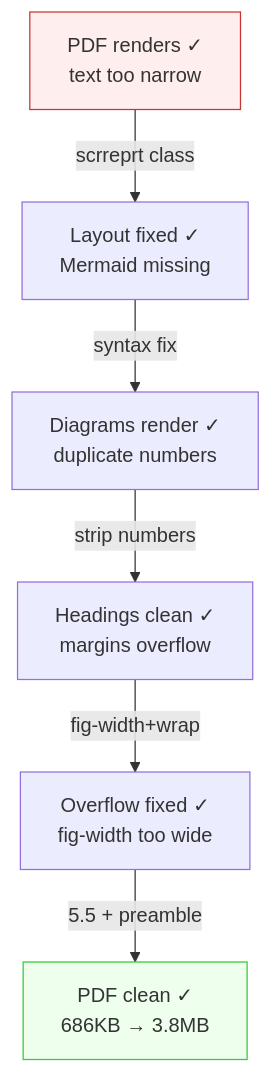
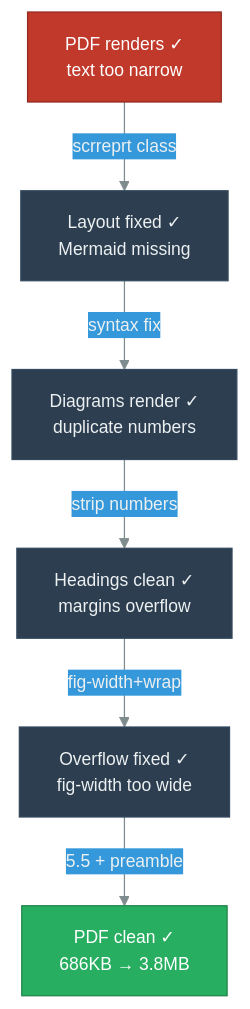
Before and after one commit to danielmeppiel/agentic-sdlc-handbook: the second of 3 diagrams in case-study-publishing-pipeline.qmd, drawn with Mermaid. The commit also changed other lines of this file and 20 other files, not shown here.

First line of the commit message:
feat: add accessibility metadata and consistent theme to all 35 diagrams

````diff
--- a/case-study-publishing-pipeline.qmd
+++ b/case-study-publishing-pipeline.qmd
@@ -63,12 +67,16 @@
 ```{mermaid}
 %%| fig-width: 4.5
+%%| fig-cap: "The 'Almost Done' trap: cascading PDF rendering fixes"
+%%| fig-alt: "Flowchart showing a cascade of five PDF rendering fixes. Step 1: PDF renders but text is too narrow, fixed by switching to scrreprt class. Step 2: Layout is fixed but Mermaid diagrams are missing, fixed by syntax correction. Step 3: Diagrams render but duplicate heading numbers appear, fixed by stripping manual numbers. Step 4: Headings are clean but margins overflow, fixed by adjusting fig-width and adding code wrap. Step 5: Overflow is fixed but fig-width is still too wide, fixed by reducing to 5.5 inches and adding preamble. Final result: PDF is clean, growing from 686KB to 3.8MB with rendered diagrams."
+%%| label: fig-cs-almost-done
+%%{init: {'theme': 'base', 'themeVariables': {'primaryColor': '#2c3e50', 'primaryTextColor': '#ecf0f1', 'primaryBorderColor': '#34495e', 'lineColor': '#7f8c8d', 'secondaryColor': '#3498db', 'tertiaryColor': '#ecf0f1', 'fontSize': '14px'}}}%%
 flowchart TD
     A["PDF renders ✓<br/>text too narrow"] -->|scrreprt class| B["Layout fixed ✓<br/>Mermaid missing"]
     B -->|syntax fix| C["Diagrams render ✓<br/>duplicate numbers"]
     C -->|strip numbers| D["Headings clean ✓<br/>margins overflow"]
     D -->|fig-width+wrap| E["Overflow fixed ✓<br/>fig-width too wide"]
     E -->|5.5 + preamble| F["PDF clean ✓<br/>686KB → 3.8MB"]
 
-    style A fill:#fee,stroke:#c33
-    style F fill:#efe,stroke:#3c3
+    style A fill:#c0392b,stroke:#922b21,color:#fff
+    style F fill:#27ae60,stroke:#1e8449,color:#fff
 ```
````
